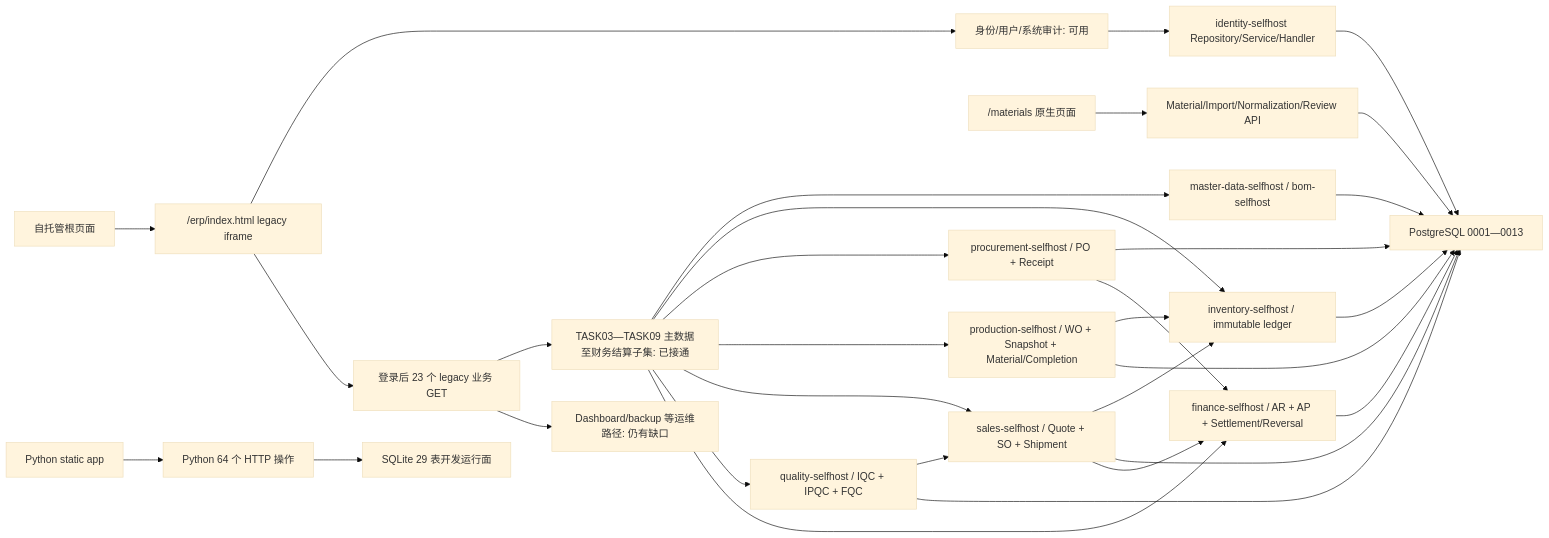
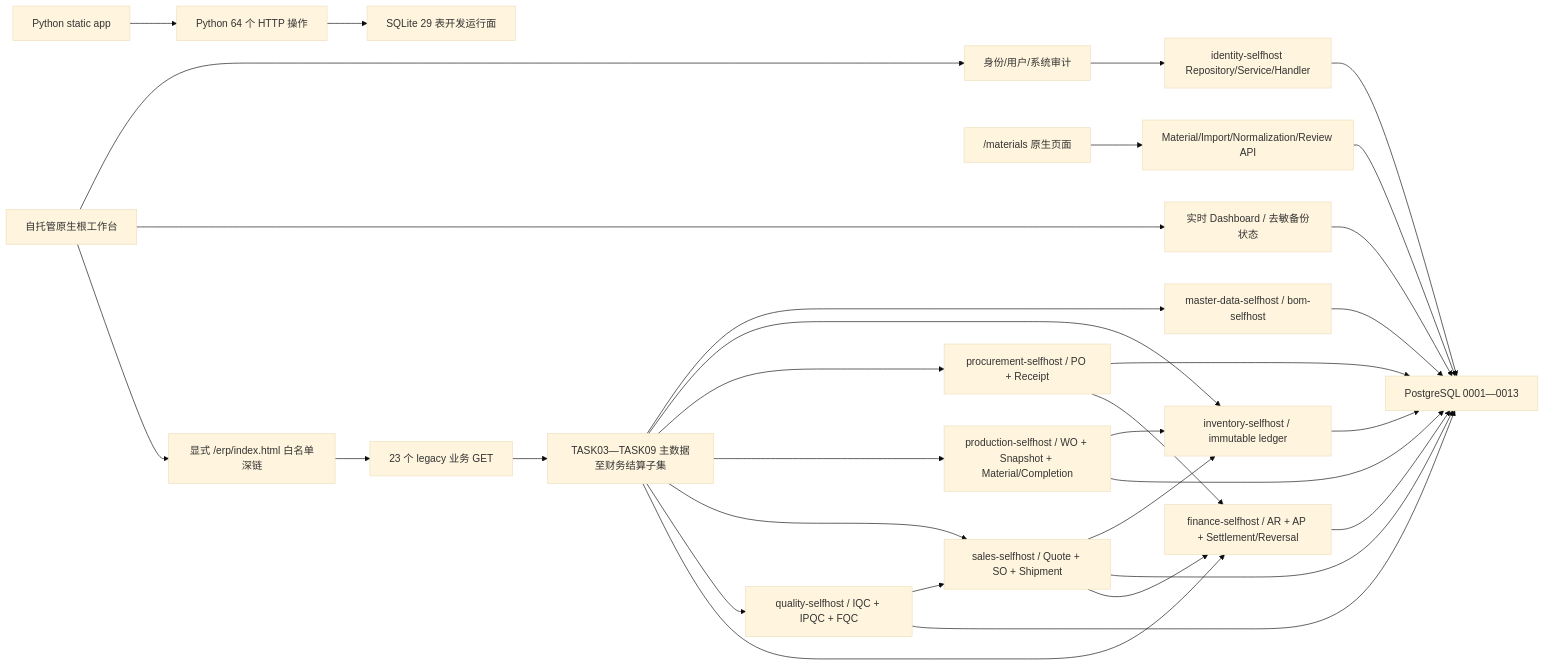
Before and after one commit to 3443176848/chenyida: the first of 7 diagrams in docs/project/ARCHITECTURE.md, drawn with Mermaid (base theme). The commit also changed other lines of this file and 50 other files, not shown here.

````diff
--- a/docs/project/ARCHITECTURE.md
+++ b/docs/project/ARCHITECTURE.md
@@ -9,35 +9,36 @@
 ```mermaid
 flowchart LR
-    ROOT["自托管根页面"] --> IFRAME["/erp/index.html legacy iframe"]
-    IFRAME --> AUTH["身份/用户/系统审计: 可用"]
-    IFRAME --> BATCH["登录后 23 个 legacy 业务 GET"]
-    BATCH --> M9["TASK03—TASK09 主数据至财务结算子集: 已接通"]
-    BATCH --> NF["Dashboard/backup 等运维路径: 仍有缺口"]
+    ROOT["自托管原生根工作台"] --> AUTH["身份/用户/系统审计"]
+    ROOT --> DASH["实时 Dashboard / 去敏备份状态"]
+    ROOT --> LEGACY["显式 /erp/index.html 白名单深链"]
+    LEGACY --> BATCH["23 个 legacy 业务 GET"]
+    BATCH --> M9["TASK03—TASK09 主数据至财务结算子集"]
+    DASH --> PG
 
     NATIVE["/materials 原生页面"] --> MM["Material/Import/Normalization/Review API"]
     AUTH --> ID["identity-selfhost Repository/Service/Handler"]
     ID --> PG["PostgreSQL 0001—0013"]
     MM --> PG
     M9 --> MDB["master-data-selfhost / bom-selfhost"]
     MDB --> PG
     M9 --> INV["inventory-selfhost / immutable ledger"]
     INV --> PG
     M9 --> PROC["procurement-selfhost / PO + Receipt"]
     PROC --> PG
     M9 --> PROD["production-selfhost / WO + Snapshot + Material/Completion"]
     PROD --> INV
     PROD --> PG
     M9 --> SALES["sales-selfhost / Quote + SO + Shipment"]
     SALES --> INV
     SALES --> PG
     M9 --> QUALITY["quality-selfhost / IQC + IPQC + FQC"]
     QUALITY --> SALES
     QUALITY --> PG
     M9 --> FINANCE["finance-selfhost / AR + AP + Settlement/Reversal"]
     SALES --> FINANCE
     PROC --> FINANCE
     FINANCE --> PG
 
     PYUI["Python static app"] --> PYAPI["Python 64 个 HTTP 操作"]
     PYAPI --> SQLITE["SQLite 29 表开发运行面"]
 ```
````
